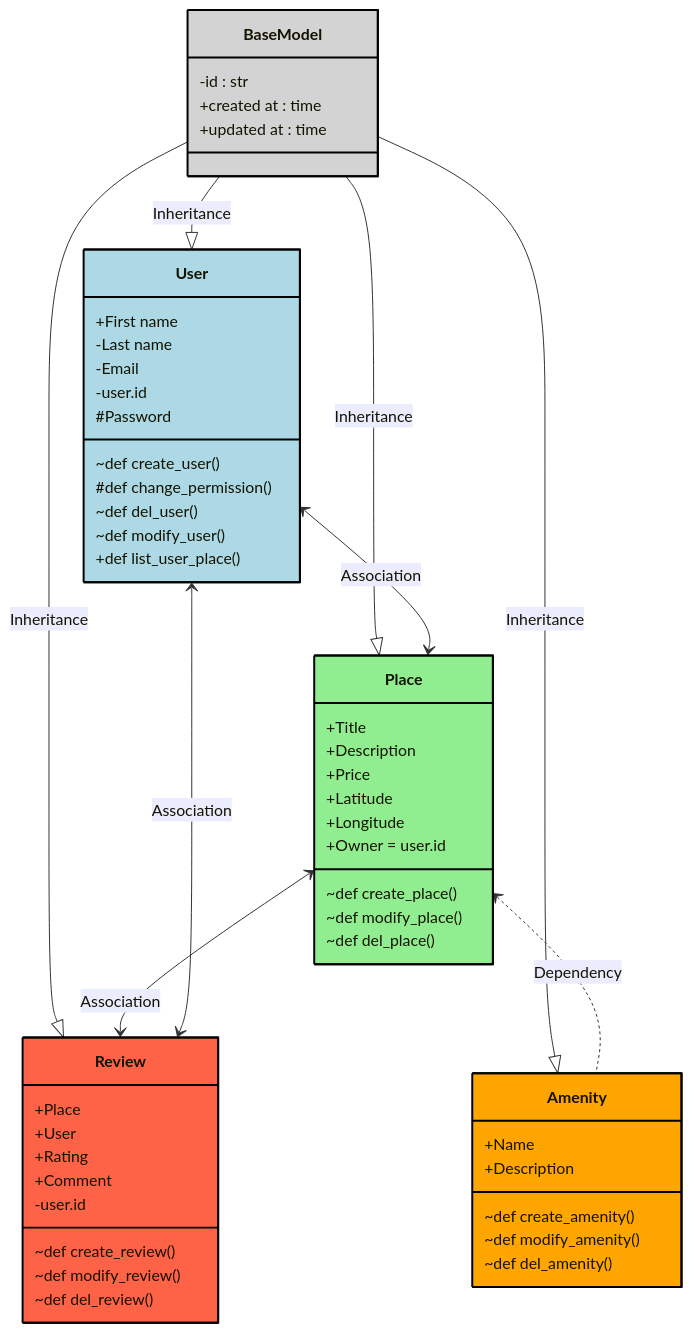
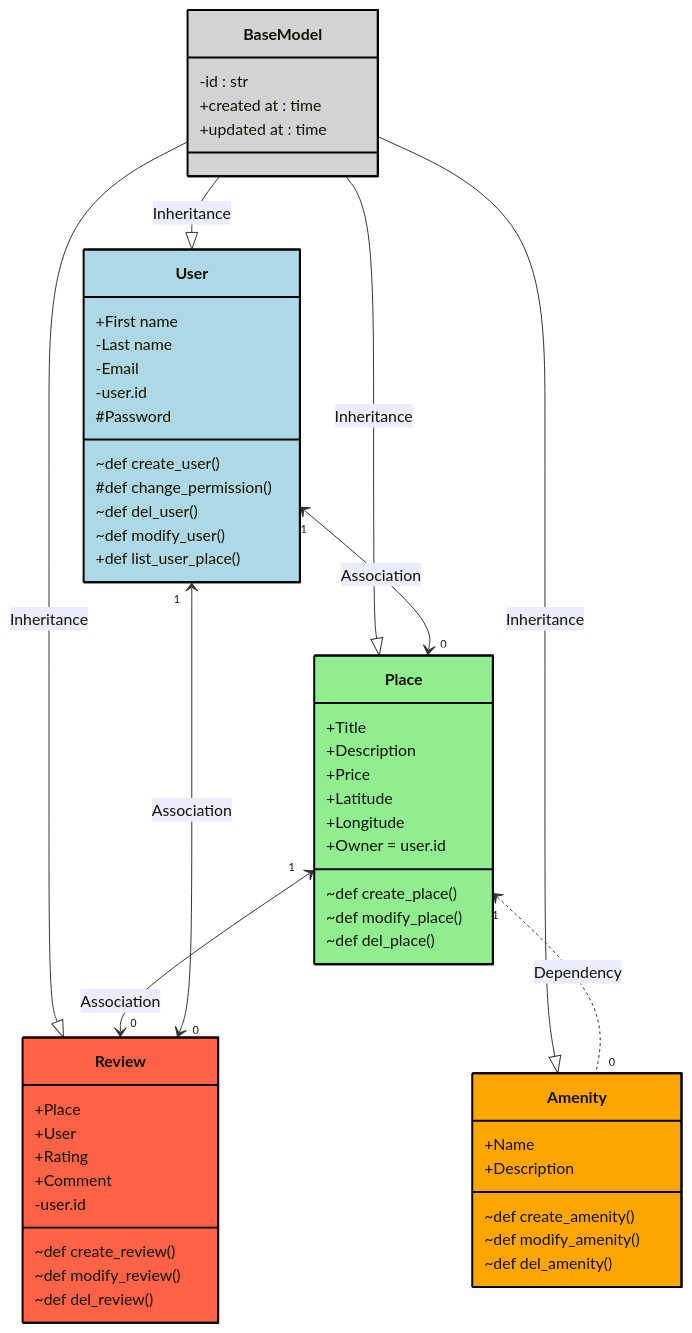
One commit to KillianRipoche/holbertonschool-higher_level_programming changed the diagram in README.md. Above: the diagram before and after it, drawn with Mermaid.

Commit message:
test mermaid

````diff
--- a/README.md
+++ b/README.md
@@ -2,67 +2,67 @@
 ```mermaid
 classDiagram
 direction TB
 
 class BaseModel{
 -id : str
 +created at : time
 +updated at : time
 }
 class User{
 +First name
 -Last name
 -Email
 -user.id
 #Password
 ~def create_user()
 #def change_permission()
 ~def del_user()
 ~def modify_user()
 +def list_user_place()
 }
 class Place{
 +Title
 +Description
 +Price
 +Latitude
 +Longitude
 +Owner = user.id
 ~def create_place()
 ~def modify_place()
 ~def del_place()
 }
 class Amenity{
 +Name
 +Description
 ~def create_amenity()
 ~def modify_amenity()
 ~def del_amenity()
 }
 class Review{
 +Place
 +User
 +Rating
 +Comment
 -user.id
 ~def create_review()
 ~def modify_review()
 ~def del_review()
 }
 
 BaseModel --|> User : Inheritance
 BaseModel --|> Place : Inheritance
 BaseModel --|> Amenity : Inheritance
 BaseModel --|> Review : Inheritance
 
-Place <.. Amenity : Dependency
+Place "1" <.. "0" Amenity : Dependency
 
-Place <--> Review : Association
-User <--> Review : Association
-User <--> Place : Association
+Place "1" <--> "0" Review : Association
+User "1" <--> "0" Review : Association
+User "1" <--> "0" Place : Association
 
 style BaseModel fill:#d3d3d3,stroke:#000,stroke-width:2px;
 style User fill:#ADD8E6,stroke:#000,stroke-width:2px;
 style Place fill:#90EE90,stroke:#000,stroke-width:2px;
 style Amenity fill:#FFA500,stroke:#000,stroke-width:2px;
 style Review fill:#FF6347,stroke:#000,stroke-width:2px;
 ```
````
